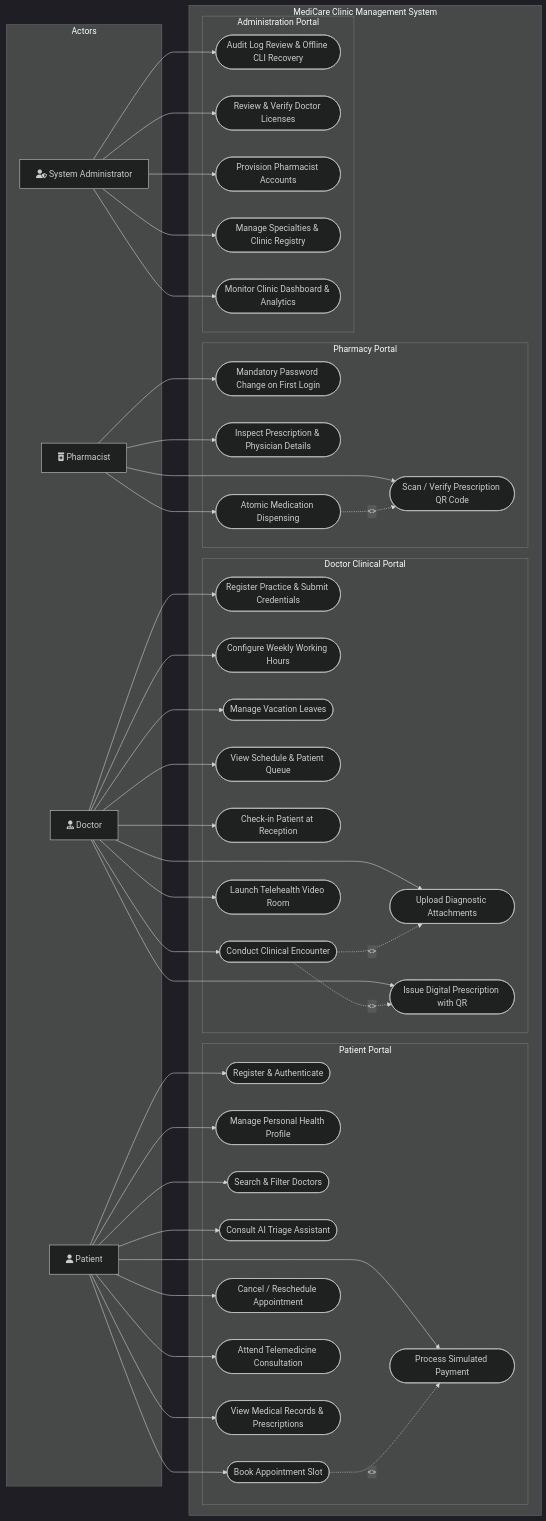
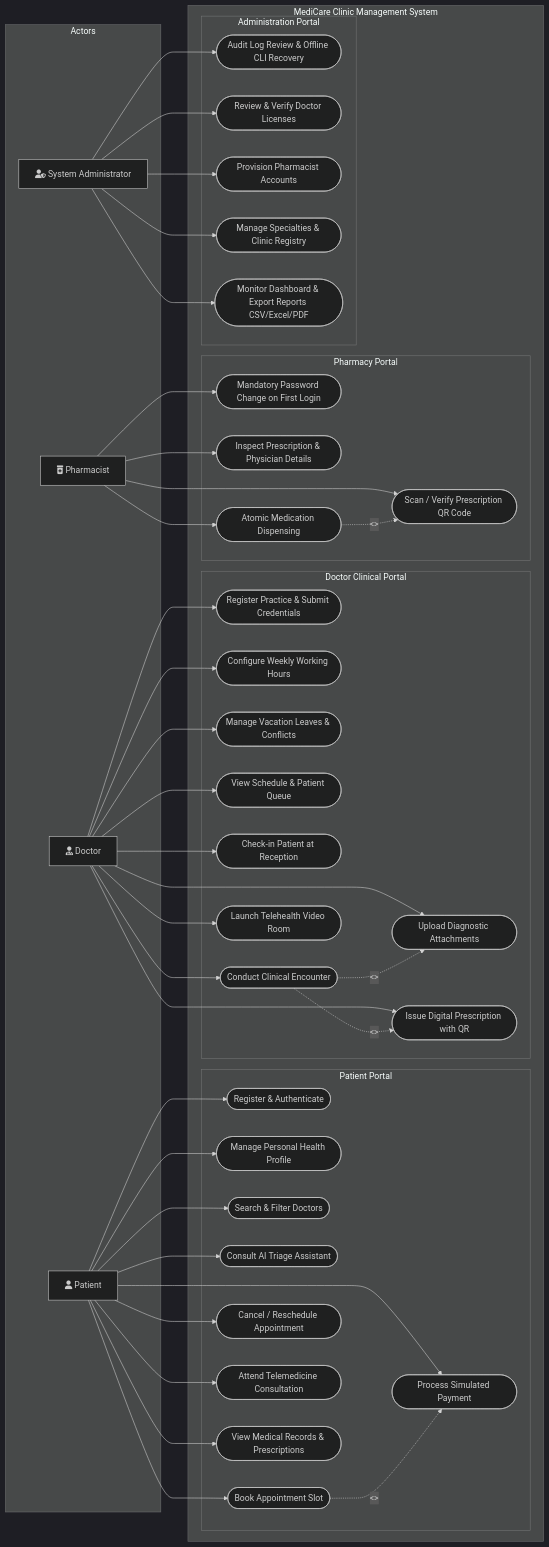
The first of 2 diagrams in docs/academic/05-system-design.md (foxelhadad812-design/MediCare), drawn with Mermaid (dark theme) before and after one commit. The commit also changed other lines of this file and 1 other file, not shown here.

Commit message:
docs(academic): add Section 5.0 code audit notes and Section 5.3 ERD diagram

```diff
--- a/docs/academic/05-system-design.md
+++ b/docs/academic/05-system-design.md
@@ -46,7 +60,7 @@
         subgraph DoctorSub [Doctor Clinical Portal]
             UC_D1([Register Practice & Submit Credentials])
             UC_D2([Configure Weekly Working Hours])
-            UC_D3([Manage Vacation Leaves])
+            UC_D3([Manage Vacation Leaves & Conflicts])
             UC_D4([View Schedule & Patient Queue])
             UC_D5([Check-in Patient at Reception])
             UC_D6([Conduct Clinical Encounter])
@@ -69,7 +83,7 @@
             UC_A2([Review & Verify Doctor Licenses])
             UC_A3([Provision Pharmacist Accounts])
             UC_A4([Manage Specialties & Clinic Registry])
-            UC_A5([Monitor Clinic Dashboard & Analytics])
+            UC_A5([Monitor Dashboard & Export Reports CSV/Excel/PDF])
         end
 
     end
```
